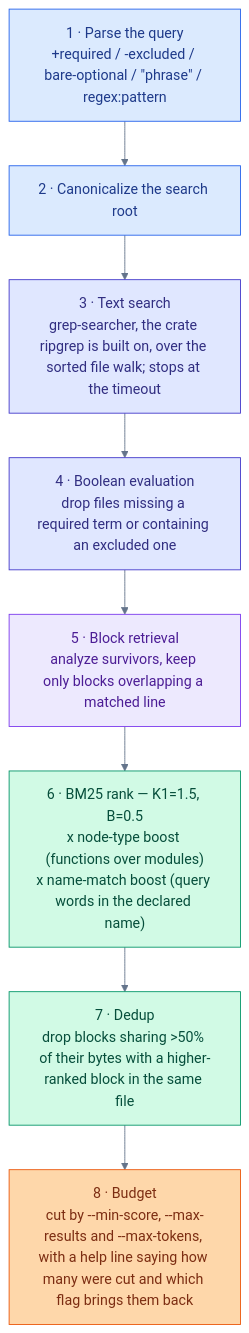
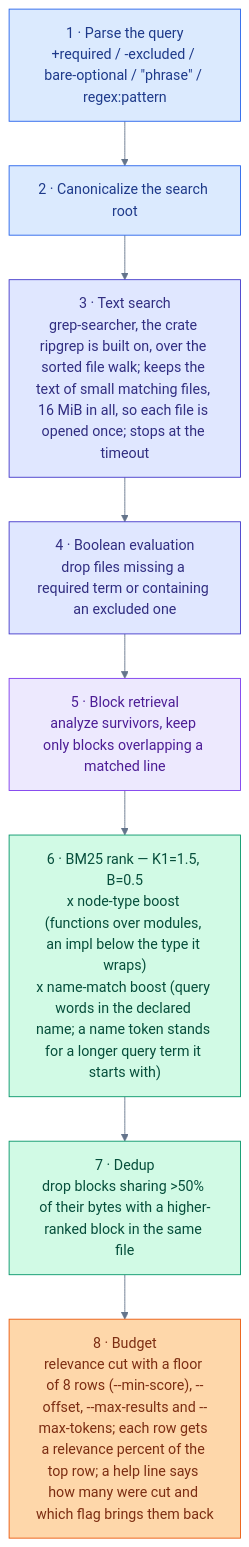
Before and after one commit to orin-dx/monokl: the diagram in ARCHITECTURE.md, drawn with Mermaid. The commit also changed 7 other files, not shown here.

First line of the commit message:
docs: match README, architecture docs and ADRs to the binary

````diff
--- a/ARCHITECTURE.md
+++ b/ARCHITECTURE.md
@@ -19,23 +19,23 @@
 ```mermaid
 %%{init: {'theme': 'base', 'themeVariables': {'lineColor': '#64748b', 'edgeLabelBackground': '#f8fafc', 'fontFamily': 'ui-sans-serif, system-ui, sans-serif'}}}%%
 flowchart TB
     S1["1 · Parse the query<br/>+required / -excluded / bare-optional / #quot;phrase#quot; / regex:pattern"]
     S2["2 · Canonicalize the search root"]
-    S3["3 · Text search<br/>grep-searcher, the crate ripgrep is built on, over the sorted file walk; stops at the timeout"]
+    S3["3 · Text search<br/>grep-searcher, the crate ripgrep is built on, over the sorted file walk; keeps the text of small matching files, 16 MiB in all, so each file is opened once; stops at the timeout"]
     S4["4 · Boolean evaluation<br/>drop files missing a required term or containing an excluded one"]
     S5["5 · Block retrieval<br/>analyze survivors, keep only blocks overlapping a matched line"]
-    S6["6 · BM25 rank — K1=1.5, B=0.5<br/>x node-type boost (functions over modules)<br/>x name-match boost (query words in the declared name)"]
+    S6["6 · BM25 rank — K1=1.5, B=0.5<br/>x node-type boost (functions over modules, an impl below the type it wraps)<br/>x name-match boost (query words in the declared name; a name token stands for a longer query term it starts with)"]
     S7["7 · Dedup<br/>drop blocks sharing &gt;50% of their bytes with a higher-ranked block in the same file"]
-    S8["8 · Budget<br/>cut by --min-score, --max-results and --max-tokens, with a help line saying how many were cut and which flag brings them back"]
+    S8["8 · Budget<br/>relevance cut with a floor of 8 rows (--min-score), --offset, --max-results and --max-tokens; each row gets a relevance percent of the top row; a help line says how many were cut and which flag brings them back"]
 
     S1 --> S2 --> S3 --> S4 --> S5 --> S6 --> S7 --> S8
 
     style S1 fill:#dbeafe,stroke:#2563eb,color:#1e3a8a
     style S2 fill:#dbeafe,stroke:#2563eb,color:#1e3a8a
     style S3 fill:#e0e7ff,stroke:#4338ca,color:#312e81
     style S4 fill:#e0e7ff,stroke:#4338ca,color:#312e81
     style S5 fill:#ede9fe,stroke:#7c3aed,color:#4c1d95
     style S6 fill:#d1fae5,stroke:#059669,color:#064e3b
     style S7 fill:#d1fae5,stroke:#059669,color:#064e3b
     style S8 fill:#fed7aa,stroke:#ea580c,color:#7c2d12
 ```
````
